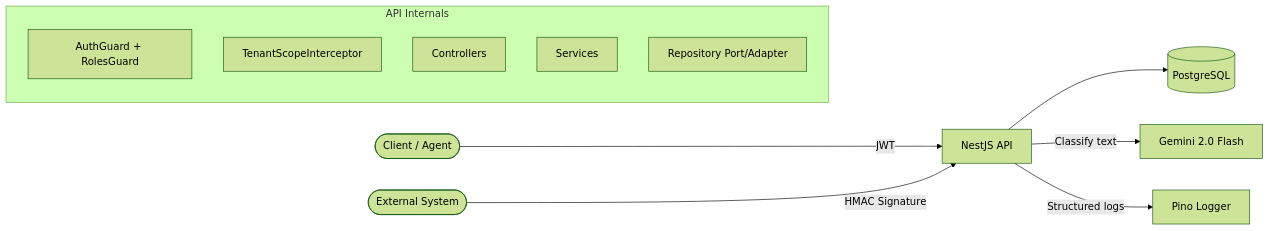
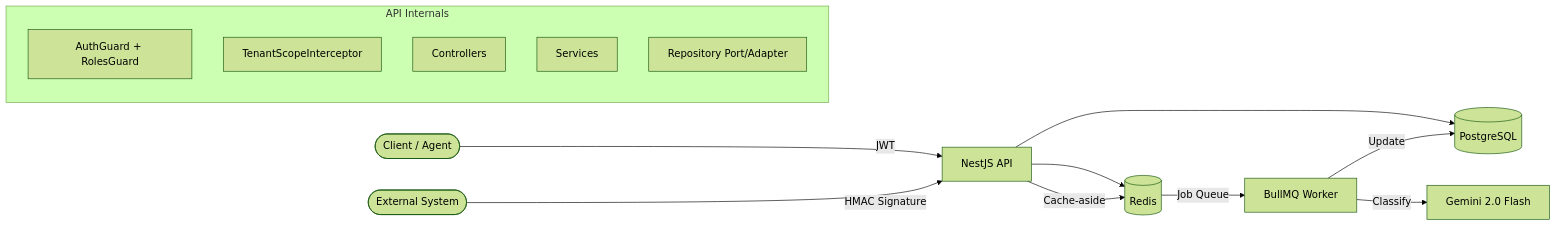
One commit to eraykucukbas/flowdesk-api changed the diagram in README.md. Above: the diagram before and after it, drawn with Mermaid (forest theme). The commit also changed other lines of this file, not shown here.

First line of the commit message:
docs: update README with v0.2 features (Redis, BullMQ, DLQ) (#44)

````diff
--- a/README.md
+++ b/README.md
@@ -42,17 +44,20 @@
 ```mermaid
 graph LR
     Client([Client / Agent]) -->|JWT| API[NestJS API]
     Webhook([External System]) -->|HMAC Signature| API
     API --> DB[(PostgreSQL)]
-    API -->|Classify text| LLM[Gemini 2.0 Flash]
-    API -->|Structured logs| Pino[Pino Logger]
+    API --> Redis[(Redis)]
+    Redis -->|Job Queue| Worker[BullMQ Worker]
+    Worker -->|Classify| LLM[Gemini 2.0 Flash]
+    Worker -->|Update| DB
+    API -->|Cache-aside| Redis
 
     subgraph API Internals
         direction TB
         Guard[AuthGuard + RolesGuard]
         Interceptor[TenantScopeInterceptor]
         Controller[Controllers]
         Service[Services]
         Repo[Repository Port/Adapter]
     end
 ```
````
